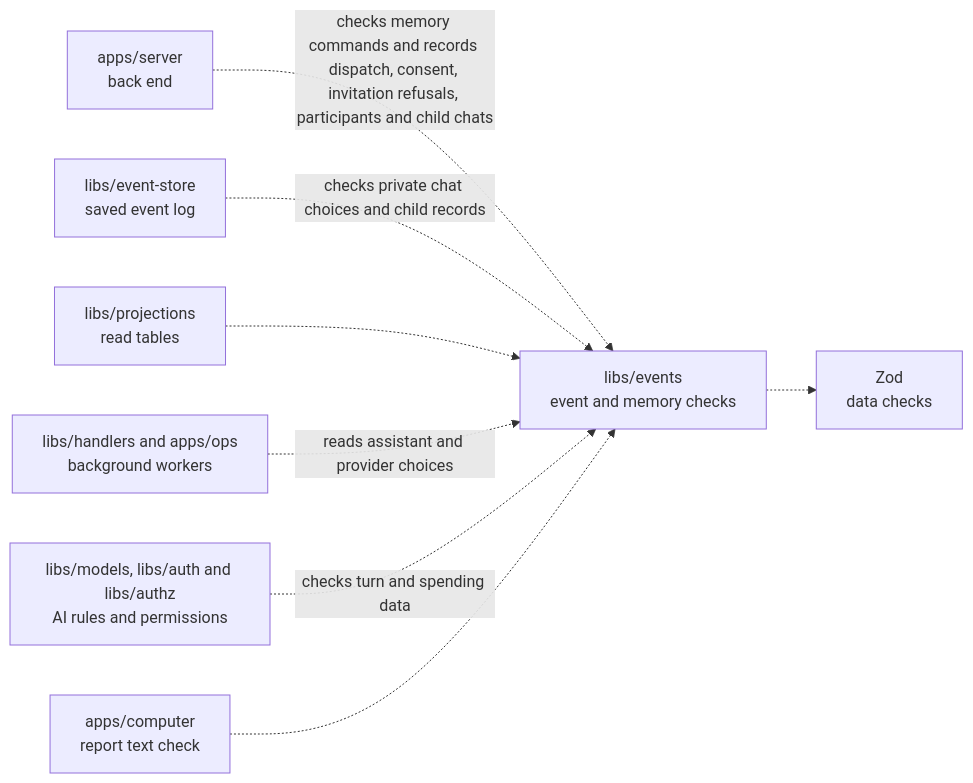
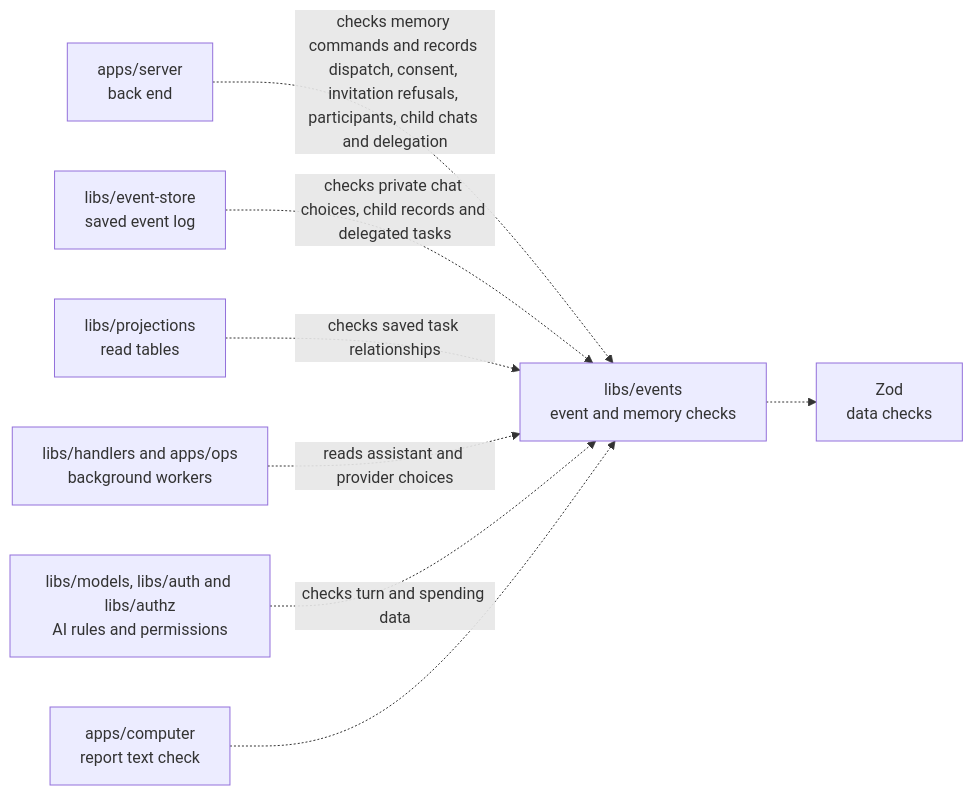
One commit to elewa-git/opencrane-new changed the diagram in libs/events/README.md. Above: the diagram before and after it, drawn with Mermaid. The commit also changed other lines of this file and 27 other files, not shown here.

Commit message:
🧩 Record delegated tasks while keeping native calls disabled

````diff
--- a/libs/events/README.md
+++ b/libs/events/README.md
@@ -23,10 +23,10 @@
 ```mermaid
 flowchart LR
-  server["apps/server<br/>back end"] -.->|checks memory commands and records dispatch, consent, invitation refusals, participants and child chats| events["libs/events<br/>event and memory checks"]
-  store["libs/event-store<br/>saved event log"] -.->|checks private chat choices and child records| events
-  projections["libs/projections<br/>read tables"] -.-> events
+  server["apps/server<br/>back end"] -.->|checks memory commands and records dispatch, consent, invitation refusals, participants, child chats and delegation| events["libs/events<br/>event and memory checks"]
+  store["libs/event-store<br/>saved event log"] -.->|checks private chat choices, child records and delegated tasks| events
+  projections["libs/projections<br/>read tables"] -.->|checks saved task relationships| events
   workers["libs/handlers and apps/ops<br/>background workers"] -.->|reads assistant and provider choices| events
   others["libs/models, libs/auth and libs/authz<br/>AI rules and permissions"] -.->|checks turn and spending data| events
   computer["apps/computer<br/>report text check"] -.-> events
   events -.-> zod["Zod<br/>data checks"]
 ```
````
